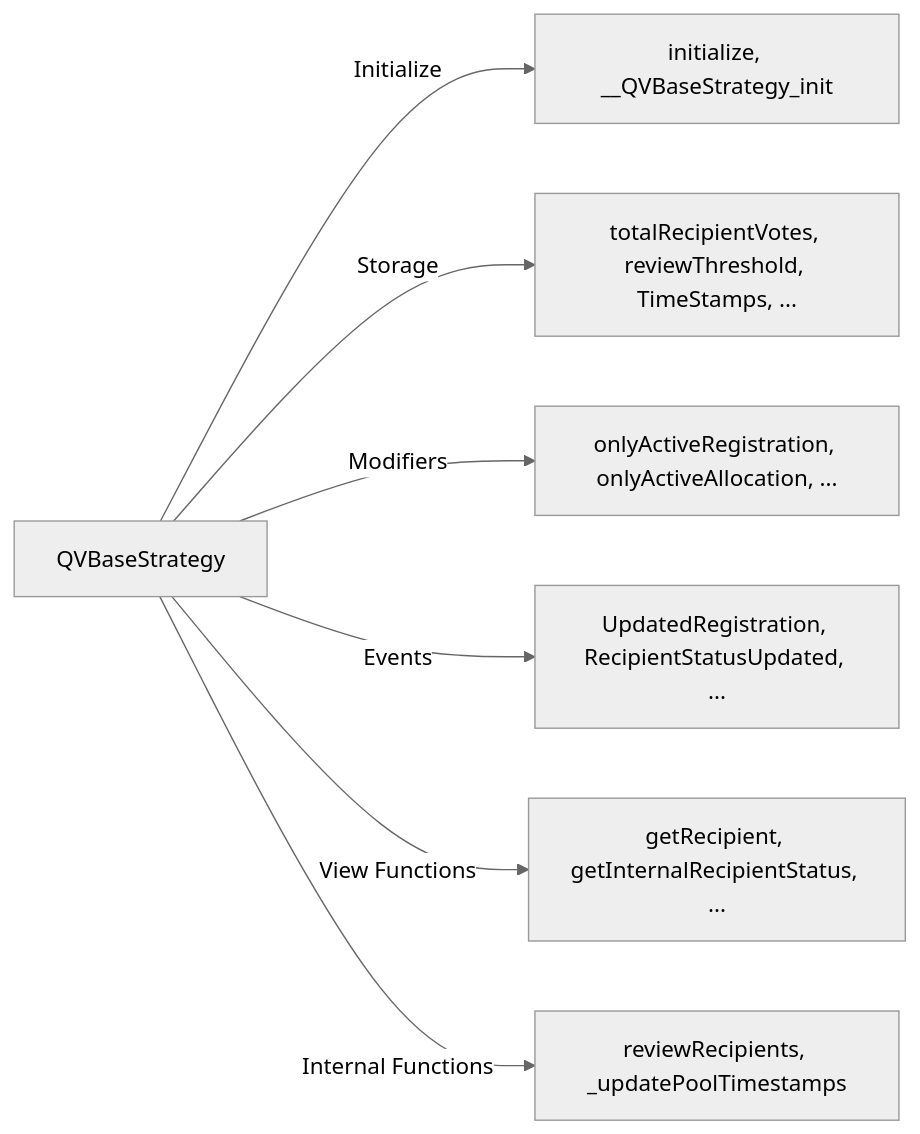
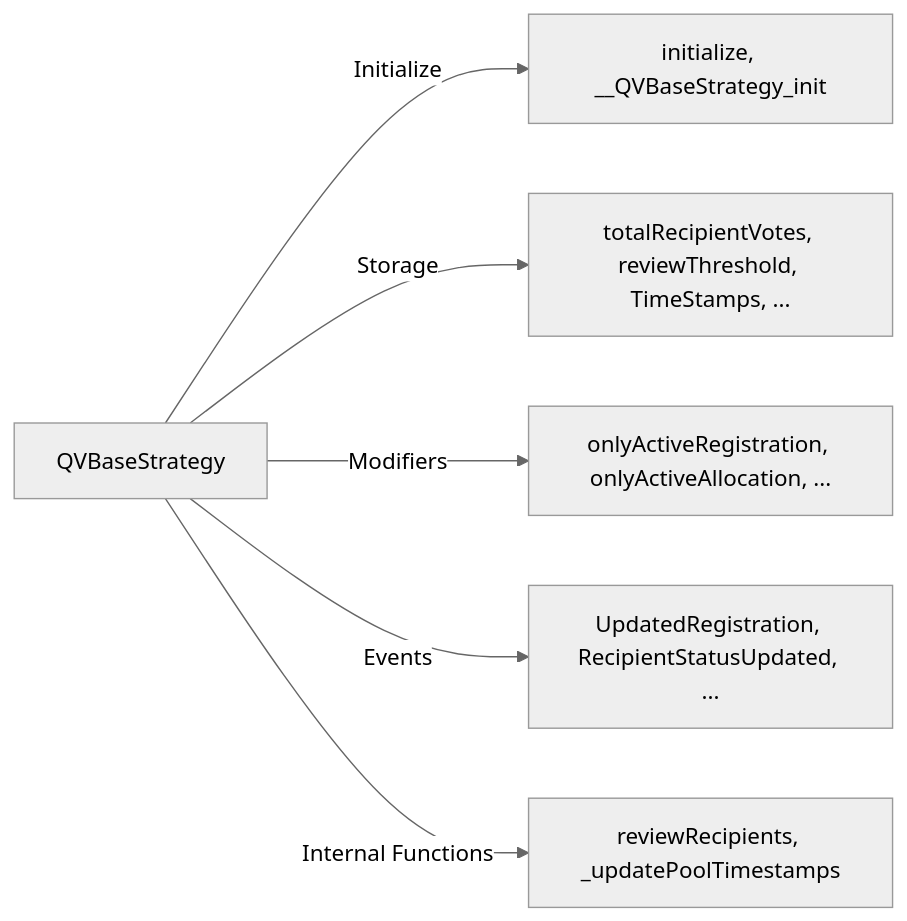
Before and after one commit to allo-protocol/allo-v2: the diagram in contracts/strategies/qv-base/Spec.md, drawn with Mermaid (neutral theme). The commit also changed 88 other files, not shown here.

````diff
--- a/contracts/strategies/qv-base/Spec.md
+++ b/contracts/strategies/qv-base/Spec.md
@@ -38,9 +38,8 @@
 ```mermaid
 graph LR;
     A[QVBaseStrategy] -->|Initialize| B[initialize, __QVBaseStrategy_init]
     A -->|Storage| C[totalRecipientVotes, reviewThreshold, TimeStamps, ...]
     A -->|Modifiers| D[onlyActiveRegistration, onlyActiveAllocation, ...]
     A -->|Events| E[UpdatedRegistration, RecipientStatusUpdated, ...]
-    A -->|View Functions| F[getRecipient, getInternalRecipientStatus, ...]
     A -->|Internal Functions| G[reviewRecipients, _updatePoolTimestamps]
 ```
````
